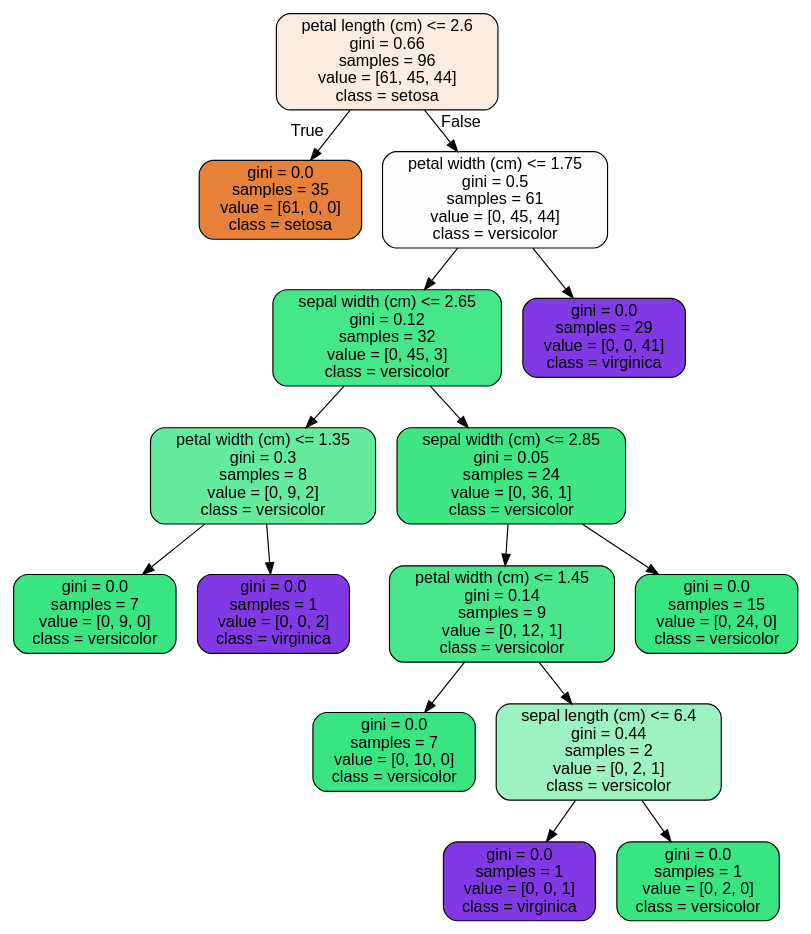
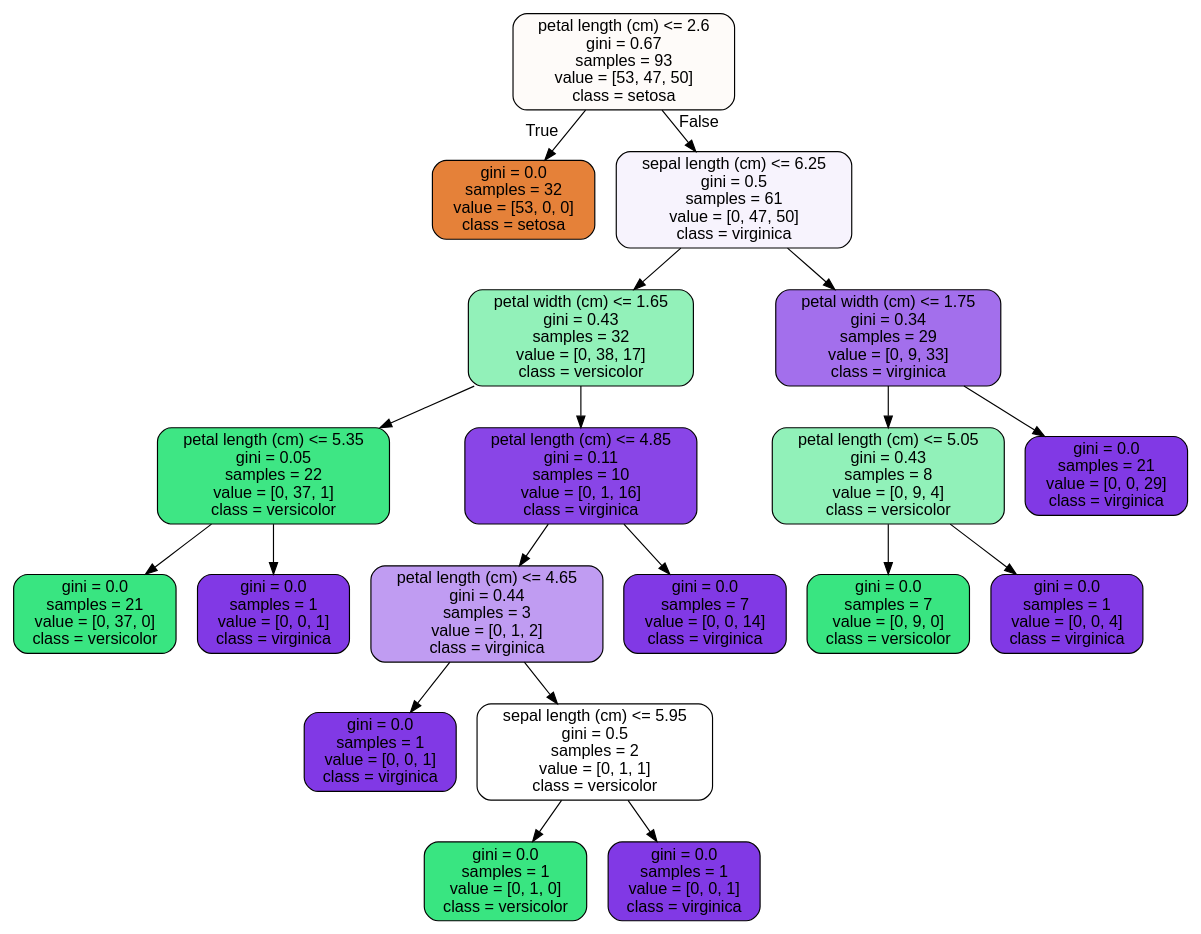
One commit to benjaminbellman/Springboard changed the diagram in RandomForest_Covid_Case_Study/tree.dot. Above: the diagram before and after it, drawn with Graphviz. The commit also changed 5 other files, not shown here.

```diff
--- a/RandomForest_Covid_Case_Study/tree.dot
+++ b/RandomForest_Covid_Case_Study/tree.dot
@@ -1,33 +1,41 @@
 digraph Tree {
 node [shape=box, style="filled, rounded", color="black", fontname="helvetica"] ;
 edge [fontname="helvetica"] ;
-0 [label="petal length (cm) <= 2.6\ngini = 0.66\nsamples = 96\nvalue = [61, 45, 44]\nclass = setosa", fillcolor="#fbece1"] ;
-1 [label="gini = 0.0\nsamples = 35\nvalue = [61, 0, 0]\nclass = setosa", fillcolor="#e58139"] ;
+0 [label="petal length (cm) <= 2.6\ngini = 0.67\nsamples = 93\nvalue = [53, 47, 50]\nclass = setosa", fillcolor="#fefbf9"] ;
+1 [label="gini = 0.0\nsamples = 32\nvalue = [53, 0, 0]\nclass = setosa", fillcolor="#e58139"] ;
 0 -> 1 [labeldistance=2.5, labelangle=45, headlabel="True"] ;
-2 [label="petal width (cm) <= 1.75\ngini = 0.5\nsamples = 61\nvalue = [0, 45, 44]\nclass = versicolor", fillcolor="#fbfefc"] ;
+2 [label="sepal length (cm) <= 6.25\ngini = 0.5\nsamples = 61\nvalue = [0, 47, 50]\nclass = virginica", fillcolor="#f7f3fd"] ;
 0 -> 2 [labeldistance=2.5, labelangle=-45, headlabel="False"] ;
-3 [label="sepal width (cm) <= 2.65\ngini = 0.12\nsamples = 32\nvalue = [0, 45, 3]\nclass = versicolor", fillcolor="#46e789"] ;
+3 [label="petal width (cm) <= 1.65\ngini = 0.43\nsamples = 32\nvalue = [0, 38, 17]\nclass = versicolor", fillcolor="#92f1b9"] ;
 2 -> 3 ;
-4 [label="petal width (cm) <= 1.35\ngini = 0.3\nsamples = 8\nvalue = [0, 9, 2]\nclass = versicolor", fillcolor="#65eb9d"] ;
+4 [label="petal length (cm) <= 5.35\ngini = 0.05\nsamples = 22\nvalue = [0, 37, 1]\nclass = versicolor", fillcolor="#3ee684"] ;
 3 -> 4 ;
-5 [label="gini = 0.0\nsamples = 7\nvalue = [0, 9, 0]\nclass = versicolor", fillcolor="#39e581"] ;
+5 [label="gini = 0.0\nsamples = 21\nvalue = [0, 37, 0]\nclass = versicolor", fillcolor="#39e581"] ;
 4 -> 5 ;
-6 [label="gini = 0.0\nsamples = 1\nvalue = [0, 0, 2]\nclass = virginica", fillcolor="#8139e5"] ;
+6 [label="gini = 0.0\nsamples = 1\nvalue = [0, 0, 1]\nclass = virginica", fillcolor="#8139e5"] ;
 4 -> 6 ;
-7 [label="sepal width (cm) <= 2.85\ngini = 0.05\nsamples = 24\nvalue = [0, 36, 1]\nclass = versicolor", fillcolor="#3ee684"] ;
+7 [label="petal length (cm) <= 4.85\ngini = 0.11\nsamples = 10\nvalue = [0, 1, 16]\nclass = virginica", fillcolor="#8945e7"] ;
 3 -> 7 ;
-8 [label="petal width (cm) <= 1.45\ngini = 0.14\nsamples = 9\nvalue = [0, 12, 1]\nclass = versicolor", fillcolor="#49e78c"] ;
+8 [label="petal length (cm) <= 4.65\ngini = 0.44\nsamples = 3\nvalue = [0, 1, 2]\nclass = virginica", fillcolor="#c09cf2"] ;
 7 -> 8 ;
-9 [label="gini = 0.0\nsamples = 7\nvalue = [0, 10, 0]\nclass = versicolor", fillcolor="#39e581"] ;
+9 [label="gini = 0.0\nsamples = 1\nvalue = [0, 0, 1]\nclass = virginica", fillcolor="#8139e5"] ;
 8 -> 9 ;
-10 [label="sepal length (cm) <= 6.4\ngini = 0.44\nsamples = 2\nvalue = [0, 2, 1]\nclass = versicolor", fillcolor="#9cf2c0"] ;
+10 [label="sepal length (cm) <= 5.95\ngini = 0.5\nsamples = 2\nvalue = [0, 1, 1]\nclass = versicolor", fillcolor="#ffffff"] ;
 8 -> 10 ;
-11 [label="gini = 0.0\nsamples = 1\nvalue = [0, 0, 1]\nclass = virginica", fillcolor="#8139e5"] ;
+11 [label="gini = 0.0\nsamples = 1\nvalue = [0, 1, 0]\nclass = versicolor", fillcolor="#39e581"] ;
 10 -> 11 ;
-12 [label="gini = 0.0\nsamples = 1\nvalue = [0, 2, 0]\nclass = versicolor", fillcolor="#39e581"] ;
+12 [label="gini = 0.0\nsamples = 1\nvalue = [0, 0, 1]\nclass = virginica", fillcolor="#8139e5"] ;
 10 -> 12 ;
-13 [label="gini = 0.0\nsamples = 15\nvalue = [0, 24, 0]\nclass = versicolor", fillcolor="#39e581"] ;
+13 [label="gini = 0.0\nsamples = 7\nvalue = [0, 0, 14]\nclass = virginica", fillcolor="#8139e5"] ;
 7 -> 13 ;
-14 [label="gini = 0.0\nsamples = 29\nvalue = [0, 0, 41]\nclass = virginica", fillcolor="#8139e5"] ;
+14 [label="petal width (cm) <= 1.75\ngini = 0.34\nsamples = 29\nvalue = [0, 9, 33]\nclass = virginica", fillcolor="#a36fec"] ;
 2 -> 14 ;
+15 [label="petal length (cm) <= 5.05\ngini = 0.43\nsamples = 8\nvalue = [0, 9, 4]\nclass = versicolor", fillcolor="#91f1b9"] ;
+14 -> 15 ;
+16 [label="gini = 0.0\nsamples = 7\nvalue = [0, 9, 0]\nclass = versicolor", fillcolor="#39e581"] ;
+15 -> 16 ;
+17 [label="gini = 0.0\nsamples = 1\nvalue = [0, 0, 4]\nclass = virginica", fillcolor="#8139e5"] ;
+15 -> 17 ;
+18 [label="gini = 0.0\nsamples = 21\nvalue = [0, 0, 29]\nclass = virginica", fillcolor="#8139e5"] ;
+14 -> 18 ;
 }
```
